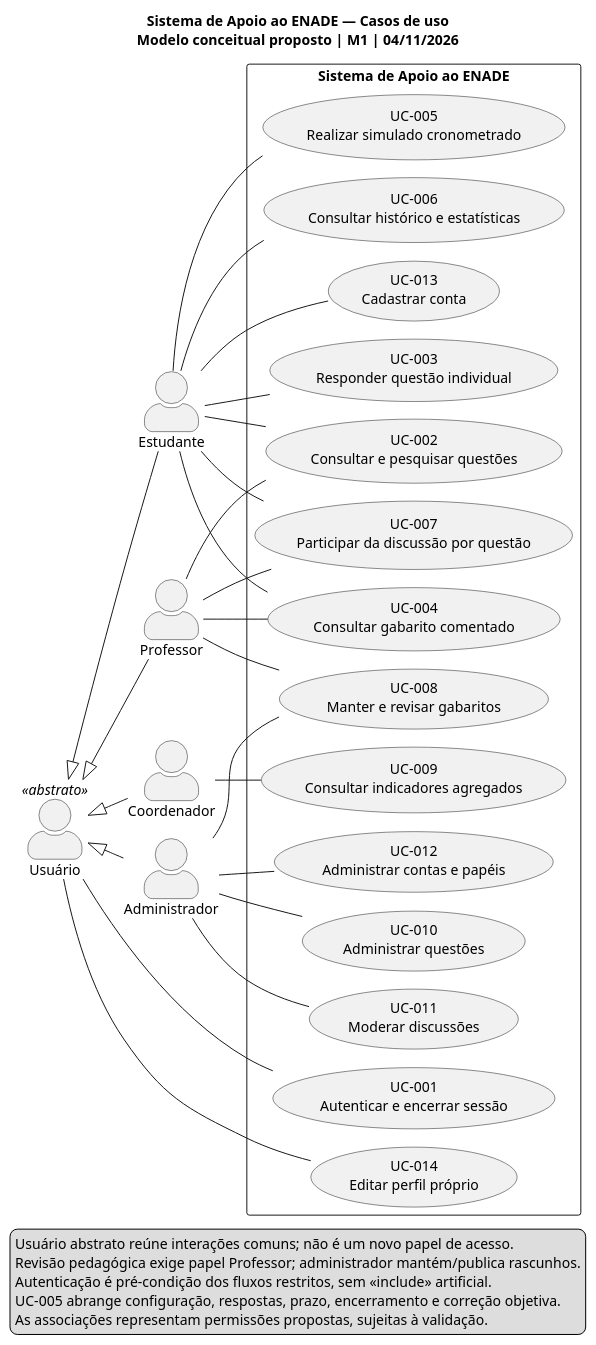
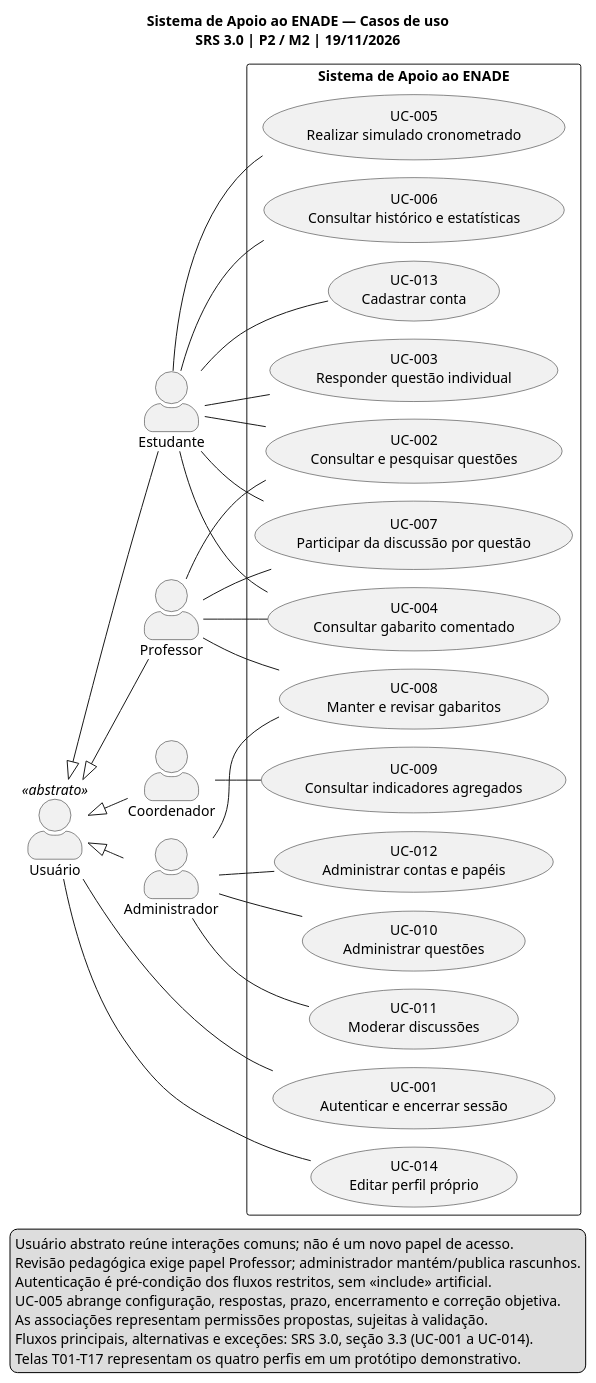
Before and after one commit to JoaoRoberto1/projeto-enade: the diagram in docs/06-modelagem-uml/casos-de-uso/casos-de-uso.puml, drawn with PlantUML. The commit also changed 95 other files, not shown here.

Commit message:
feat: deliver M2 SRS, UML consistency and navigable prototype

```diff
--- a/docs/06-modelagem-uml/casos-de-uso/casos-de-uso.puml
+++ b/docs/06-modelagem-uml/casos-de-uso/casos-de-uso.puml
@@ -1,60 +1,62 @@
 @startuml
 !pragma layout smetana
 left to right direction
 skinparam shadowing false
 skinparam packageStyle rectangle
 skinparam defaultFontName SansSerif
 skinparam defaultFontSize 14
 skinparam actorStyle awesome
-title Sistema de Apoio ao ENADE — Casos de uso\nModelo conceitual proposto | M1 | 04/11/2026
+title Sistema de Apoio ao ENADE — Casos de uso\nSRS 3.0 | P2 / M2 | 19/11/2026
 actor "Usuário" as Usuario <<abstrato>>
 actor Estudante
 actor Professor
 actor Coordenador
 actor Administrador
 Usuario <|-- Estudante
 Usuario <|-- Professor
 Usuario <|-- Coordenador
 Usuario <|-- Administrador
 rectangle "Sistema de Apoio ao ENADE" {
   usecase "UC-001\nAutenticar e encerrar sessão" as UC001
   usecase "UC-014\nEditar perfil próprio" as UC014
   usecase "UC-013\nCadastrar conta" as UC013
   usecase "UC-002\nConsultar e pesquisar questões" as UC002
   usecase "UC-003\nResponder questão individual" as UC003
   usecase "UC-004\nConsultar gabarito comentado" as UC004
   usecase "UC-005\nRealizar simulado cronometrado" as UC005
   usecase "UC-006\nConsultar histórico e estatísticas" as UC006
   usecase "UC-007\nParticipar da discussão por questão" as UC007
   usecase "UC-008\nManter e revisar gabaritos" as UC008
   usecase "UC-009\nConsultar indicadores agregados" as UC009
   usecase "UC-010\nAdministrar questões" as UC010
   usecase "UC-011\nModerar discussões" as UC011
   usecase "UC-012\nAdministrar contas e papéis" as UC012
 }
 Usuario -- UC001
 Usuario -- UC014
 Estudante -- UC013
 Estudante -- UC002
 Estudante -- UC003
 Estudante -- UC004
 Estudante -- UC005
 Estudante -- UC006
 Estudante -- UC007
 Professor -- UC002
 Professor -- UC004
 Professor -- UC007
 Professor -- UC008
 Coordenador -- UC009
 Administrador -- UC008
 Administrador -- UC010
 Administrador -- UC011
 Administrador -- UC012
 legend bottom
   Usuário abstrato reúne interações comuns; não é um novo papel de acesso.
   Revisão pedagógica exige papel Professor; administrador mantém/publica rascunhos.
   Autenticação é pré-condição dos fluxos restritos, sem <<include>> artificial.
   UC-005 abrange configuração, respostas, prazo, encerramento e correção objetiva.
   As associações representam permissões propostas, sujeitas à validação.
+  Fluxos principais, alternativas e exceções: SRS 3.0, seção 3.3 (UC-001 a UC-014).
+  Telas T01–T17 representam os quatro perfis em um protótipo demonstrativo.
 endlegend
 @enduml
```
